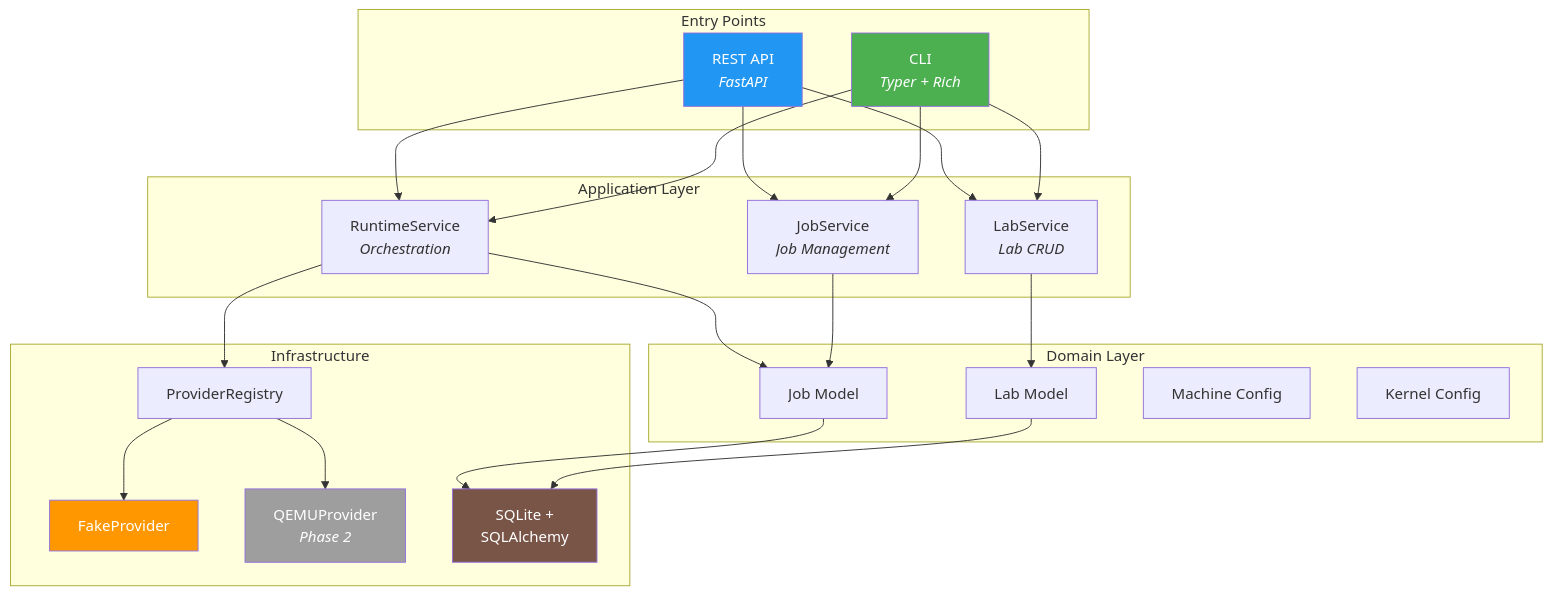
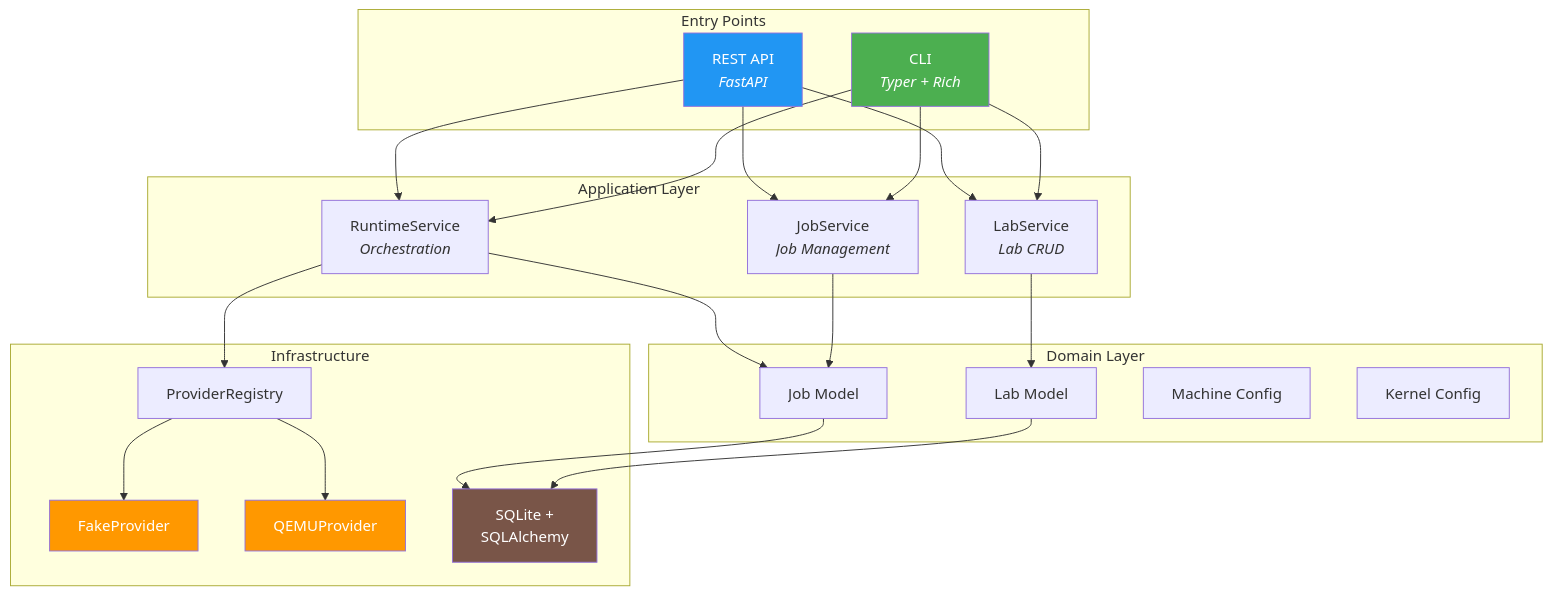
Before and after one commit to melinskyRf/kernellab: the third of 7 diagrams in README.md, drawn with Mermaid. The commit also changed other lines of this file and 62 other files, not shown here.

````diff
--- a/README.md
+++ b/README.md
@@ -215,51 +367,51 @@
 ```mermaid
 graph TB
     subgraph "Entry Points"
         CLI["CLI<br/><i>Typer + Rich</i>"]
         API["REST API<br/><i>FastAPI</i>"]
     end
     
     subgraph "Application Layer"
         LS["LabService<br/><i>Lab CRUD</i>"]
         JS["JobService<br/><i>Job Management</i>"]
         RS["RuntimeService<br/><i>Orchestration</i>"]
     end
     
     subgraph "Domain Layer"
         Lab["Lab Model"]
         Job["Job Model"]
         Machine["Machine Config"]
         Kernel["Kernel Config"]
     end
     
     subgraph "Infrastructure"
         PR["ProviderRegistry"]
         FP["FakeProvider"]
-        QP["QEMUProvider<br/><i>Phase 2</i>"]
+        QP["QEMUProvider"]
         DB["SQLite +<br/>SQLAlchemy"]
     end
     
     CLI --> LS
     CLI --> JS
     CLI --> RS
     API --> LS
     API --> JS
     API --> RS
     
     LS --> Lab
     JS --> Job
     RS --> PR
     RS --> Job
     
     PR --> FP
     PR --> QP
     
     Lab --> DB
     Job --> DB
     
     style CLI fill:#4CAF50,color:#fff
     style API fill:#2196F3,color:#fff
     style FP fill:#FF9800,color:#fff
-    style QP fill:#9E9E9E,color:#fff
+    style QP fill:#FF9800,color:#fff
     style DB fill:#795548,color:#fff
 ```
````
